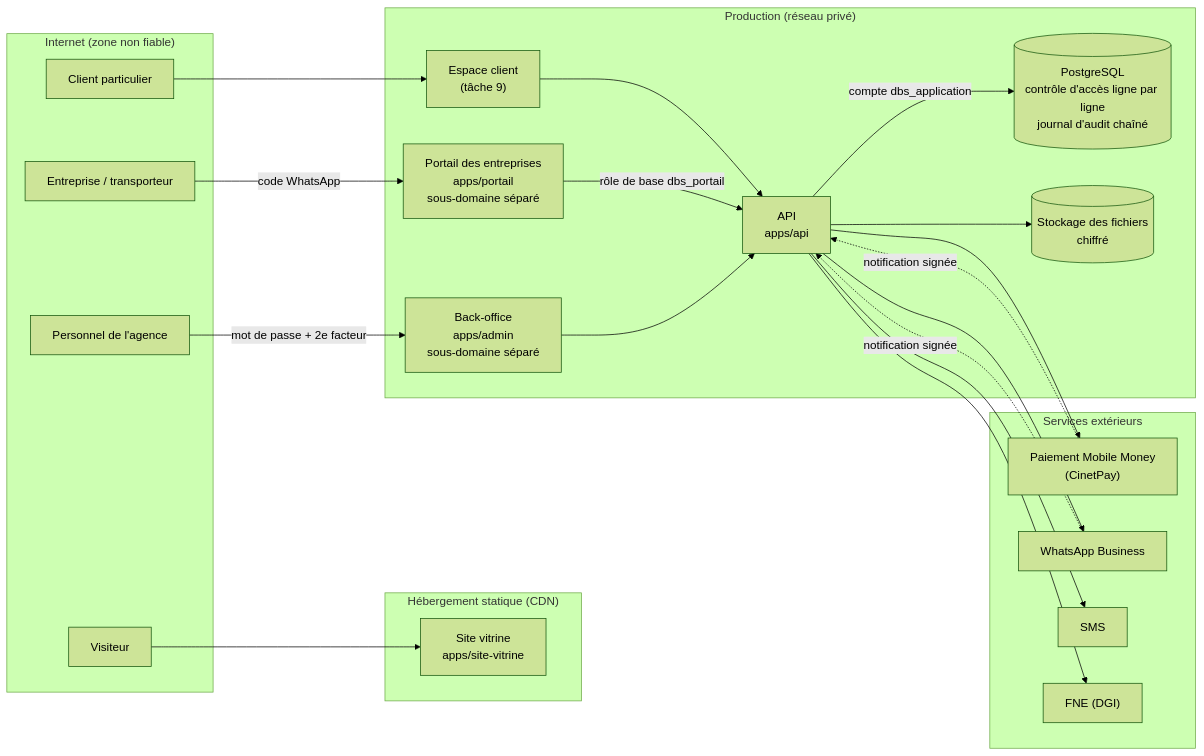
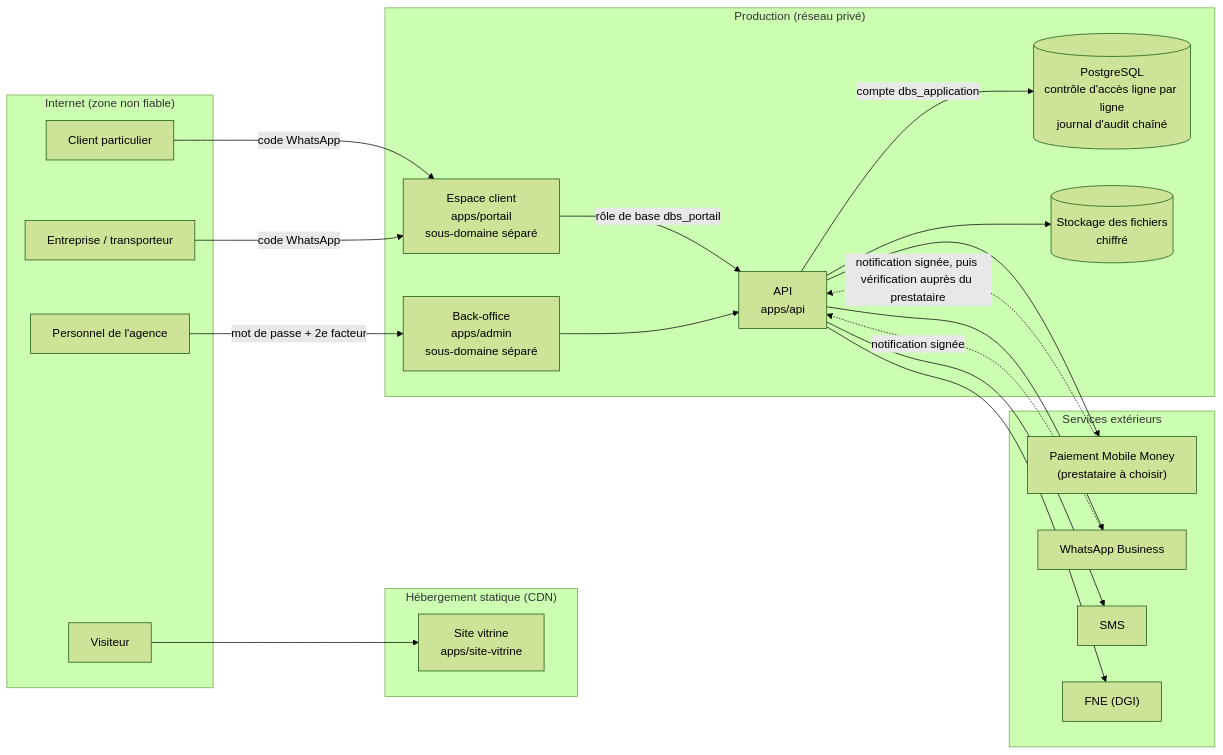
The diagram in docs/architecture/vue-d-ensemble.md (doumby87-stack/DBS-ASSURANCES), drawn with Mermaid (forest theme) before and after one commit. The commit also changed other lines of this file and 12 other files, not shown here.

First line of the commit message:
docs: espace client et paiement en ligne — ADR 0012, accès, modèle de données, feuille de route

````diff
--- a/docs/architecture/vue-d-ensemble.md
+++ b/docs/architecture/vue-d-ensemble.md
@@ -5,45 +5,43 @@
 ```mermaid
 flowchart LR
   subgraph Internet["Internet (zone non fiable)"]
     V["Visiteur"]
     C["Client particulier"]
     G["Entreprise / transporteur"]
     P["Personnel de l'agence"]
   end
 
   subgraph Statique["Hébergement statique (CDN)"]
     SV["Site vitrine<br/>apps/site-vitrine"]
   end
 
   subgraph Prod["Production (réseau privé)"]
-    EC["Espace client<br/>(tâche 9)"]
-    PO["Portail des entreprises<br/>apps/portail<br/>sous-domaine séparé"]
+    PO["Espace client<br/>apps/portail<br/>sous-domaine séparé"]
     BO["Back-office<br/>apps/admin<br/>sous-domaine séparé"]
     API["API<br/>apps/api"]
     DB[("PostgreSQL<br/>contrôle d'accès ligne par ligne<br/>journal d'audit chaîné")]
     F[("Stockage des fichiers<br/>chiffré")]
   end
 
   subgraph Tiers["Services extérieurs"]
-    PAY["Paiement Mobile Money<br/>(CinetPay)"]
+    PAY["Paiement Mobile Money<br/>(prestataire à choisir)"]
     WA["WhatsApp Business"]
     SMS["SMS"]
     FNE["FNE (DGI)"]
   end
 
   V --> SV
-  C --> EC
+  C -->|"code WhatsApp"| PO
   G -->|"code WhatsApp"| PO
   P -->|"mot de passe + 2e facteur"| BO
-  EC --> API
   PO -->|"rôle de base dbs_portail"| API
   BO --> API
   API -->|"compte dbs_application"| DB
   API --> F
   API --> PAY
   API --> WA
   API --> SMS
   API --> FNE
-  PAY -.->|"notification signée"| API
+  PAY -.->|"notification signée, puis vérification auprès du prestataire"| API
   WA -.->|"notification signée"| API
 ```
````
